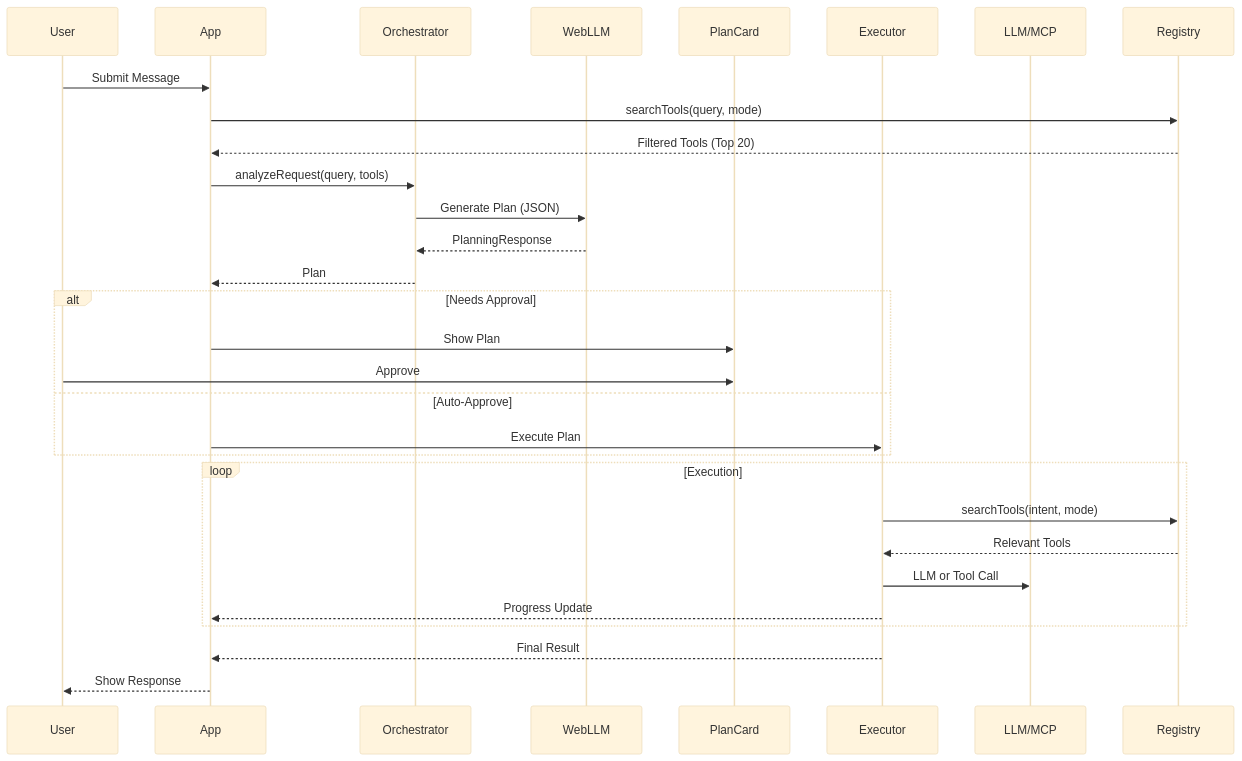
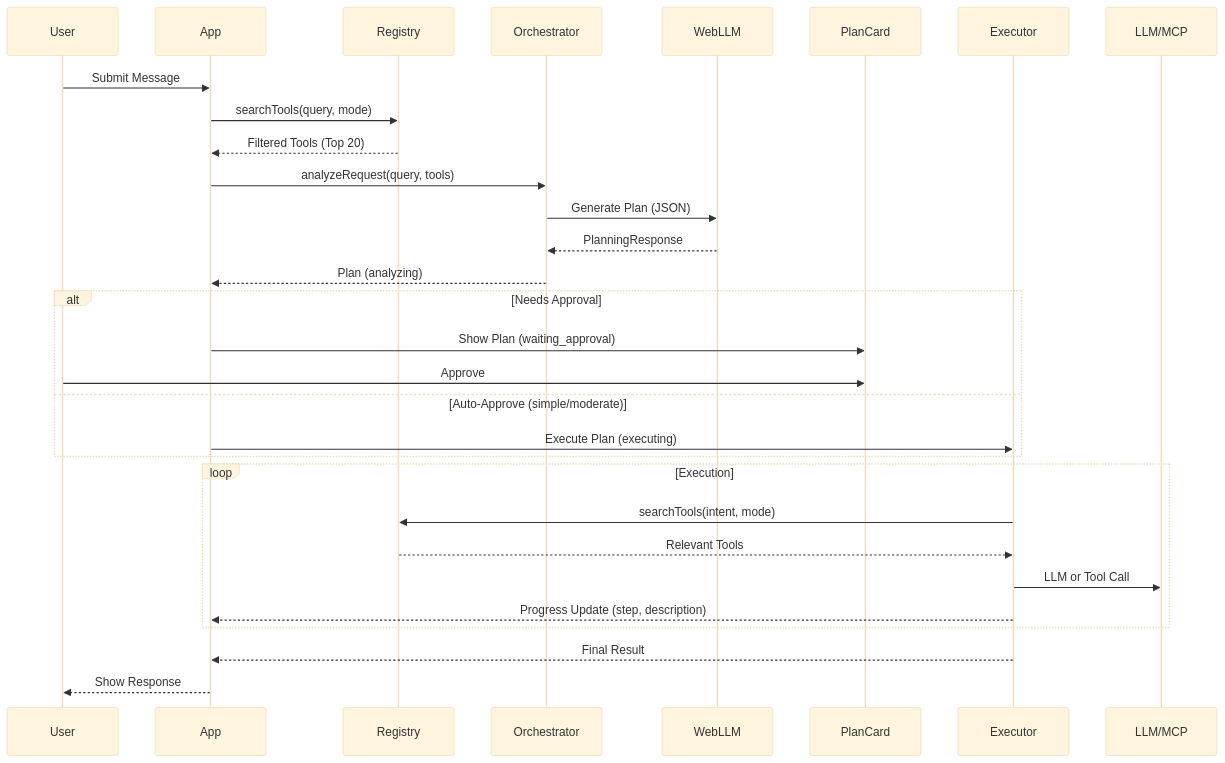
One commit to meharajM/ai-worker.app changed the seventh of 23 diagrams in architecture.md. Above: the diagram before and after it, drawn with Mermaid (base theme). The commit also changed other lines of this file and 1 other file, not shown here.

Commit message:
feat: Introduce recursive multi-agent system with Bun sidecar, update architecture documentation, and add logging, new UI components, and expanded LLM providers.

````diff
--- a/architecture.md
+++ b/architecture.md
@@ -249,35 +259,36 @@
 ```mermaid
 sequenceDiagram
     participant User
     participant App
+    participant Registry
     participant Orchestrator
     participant WebLLM
     participant PlanCard
     participant Executor
     participant LLM/MCP
     
     User->>App: Submit Message
     App->>Registry: searchTools(query, mode)
     Registry-->>App: Filtered Tools (Top 20)
     App->>Orchestrator: analyzeRequest(query, tools)
     Orchestrator->>WebLLM: Generate Plan (JSON)
     WebLLM-->>Orchestrator: PlanningResponse
-    Orchestrator-->>App: Plan
+    Orchestrator-->>App: Plan (analyzing)
     
     alt Needs Approval
-        App->>PlanCard: Show Plan
+        App->>PlanCard: Show Plan (waiting_approval)
         User->>PlanCard: Approve
-    else Auto-Approve
-        App->>Executor: Execute Plan
+    else Auto-Approve (simple/moderate)
+        App->>Executor: Execute Plan (executing)
     end
     
     loop Execution
         Executor->>Registry: searchTools(intent, mode)
         Registry-->>Executor: Relevant Tools
         Executor->>LLM/MCP: LLM or Tool Call
-        Executor-->>App: Progress Update
+        Executor-->>App: Progress Update (step, description)
     end
     
     Executor-->>App: Final Result
     App-->>User: Show Response
 ```
````
